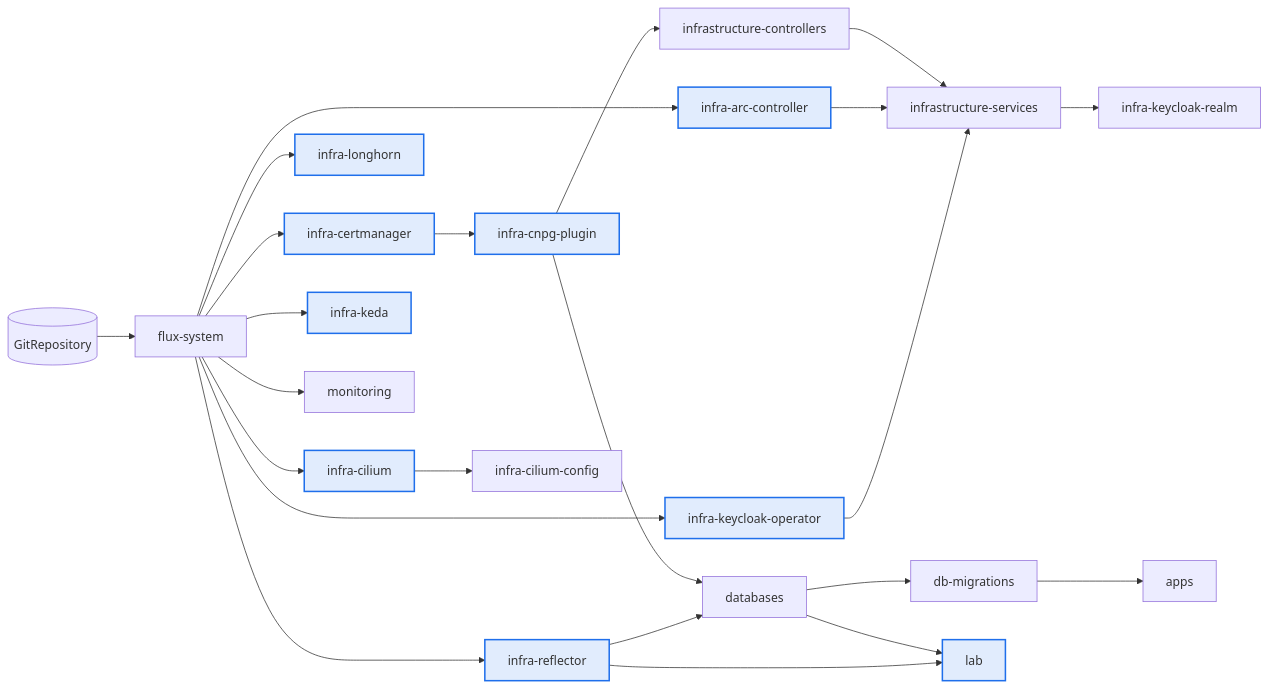
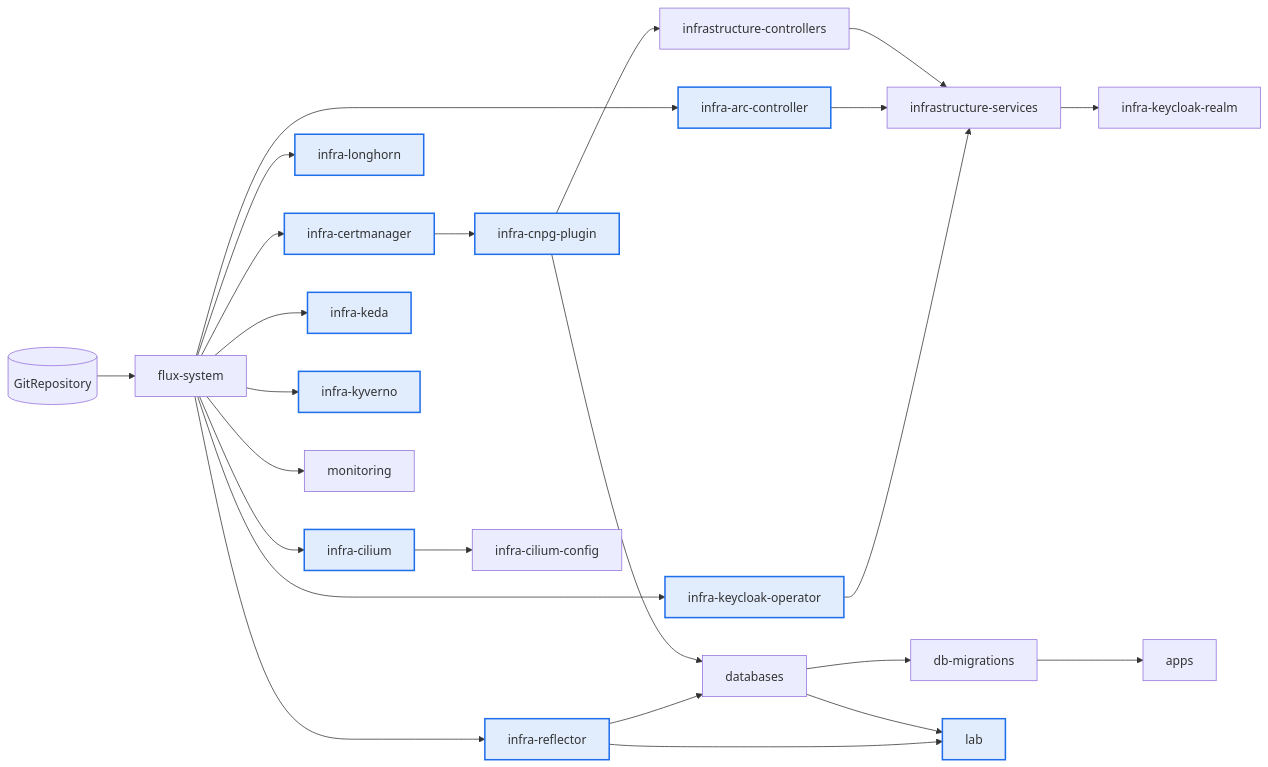
Before and after one commit to eliorion/homelab_v1: the second of 3 diagrams in README.md, drawn with Mermaid. The commit also changed 10 other files, not shown here.

````diff
--- a/README.md
+++ b/README.md
@@ -205,32 +205,33 @@
 ```mermaid
 flowchart LR
     git[("GitRepository")] --> root["flux-system"]
 
     root --> cm["infra-certmanager"]
     root --> arc["infra-arc-controller"]
     root --> lh["infra-longhorn"]
     root --> cil["infra-cilium"]
     root --> refl["infra-reflector"]
     root --> keda["infra-keda"]
+    root --> kyv["infra-kyverno"]
     root --> kco["infra-keycloak-operator"]
     root --> mon["monitoring"]
 
     cm --> plugin["infra-cnpg-plugin"]
     plugin --> ctrl["infrastructure-controllers"]
     ctrl --> svc["infrastructure-services"]
     arc --> svc
     kco --> svc
     svc --> realm["infra-keycloak-realm"]
 
     cil --> cilcfg["infra-cilium-config"]
 
     plugin --> db["databases"]
     refl --> db
     db --> mig["db-migrations"]
     mig --> apps["apps"]
     db --> lab["lab"]
     refl --> lab
 
     classDef gate fill:#1f6feb22,stroke:#1f6feb,stroke-width:2px
-    class cm,plugin,arc,lh,cil,refl,keda,kco,lab gate
+    class cm,plugin,arc,lh,cil,refl,keda,kyv,kco,lab gate
 ```
````
